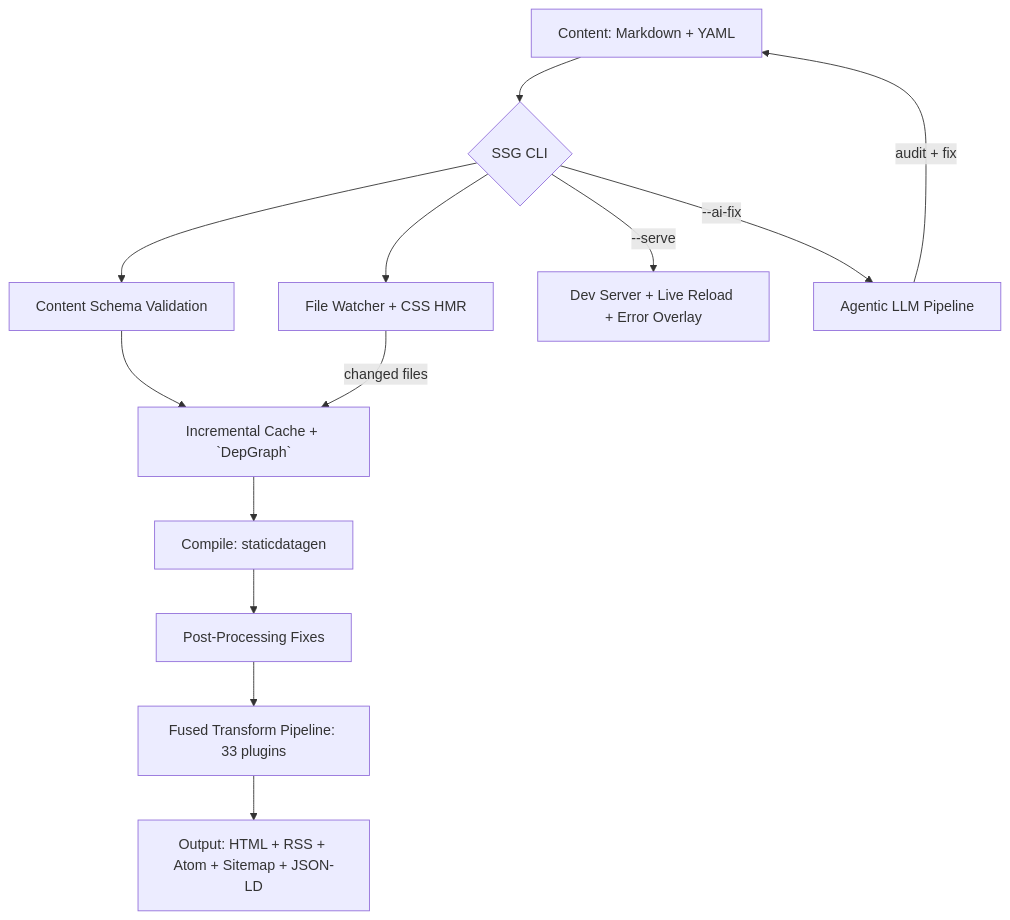
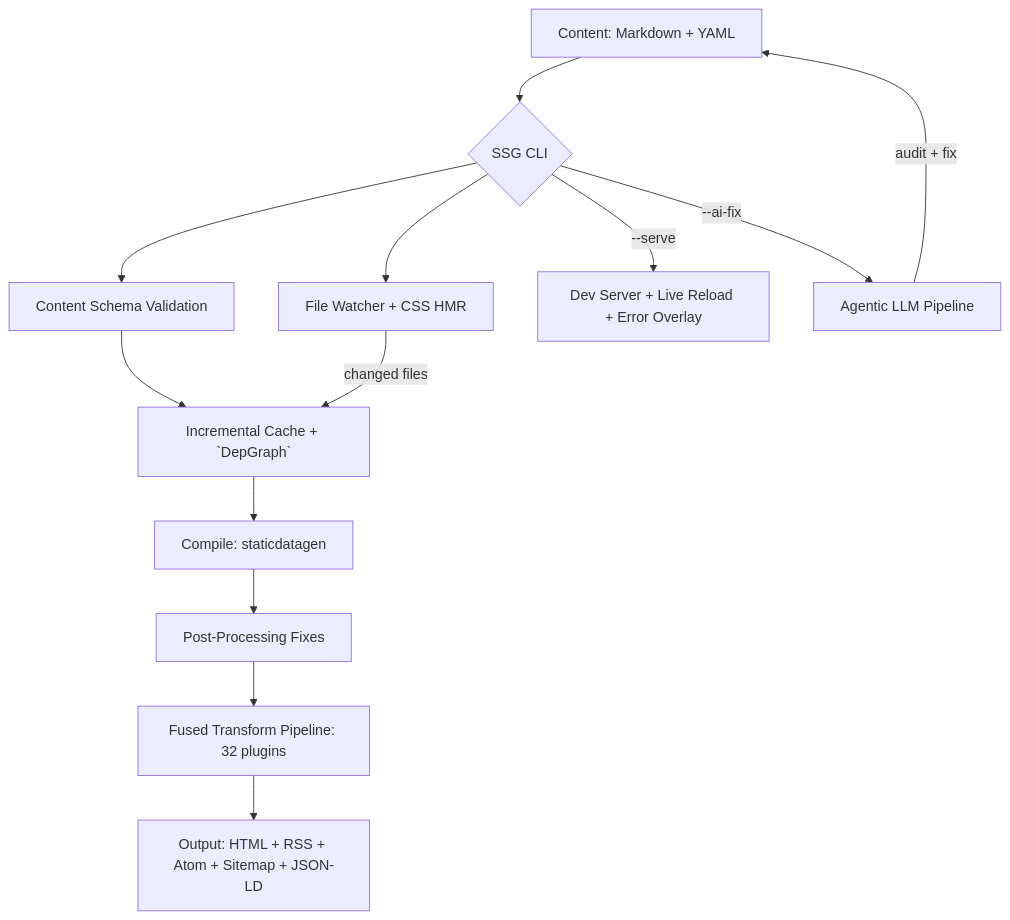
The diagram in README.md (sebastienrousseau/shokunin), drawn with Mermaid before and after one commit. The commit also changed other lines of this file and 175 other files, not shown here.

````diff
--- a/README.md
+++ b/README.md
@@ -118,15 +199,15 @@
 ```mermaid
 graph TD
     A[Content: Markdown + YAML] --> B{SSG CLI}
     B --> V[Content Schema Validation]
     V --> C[Incremental Cache + `DepGraph`]
     C --> D[Compile: staticdatagen]
     D --> E[Post-Processing Fixes]
-    E --> F[Fused Transform Pipeline: 33 plugins]
+    E --> F[Fused Transform Pipeline: 32 plugins]
     F --> G[Output: HTML + RSS + Atom + Sitemap + JSON-LD]
     B --> H[File Watcher + CSS HMR]
     H -->|changed files| C
     B -->|--serve| S[Dev Server + Live Reload + Error Overlay]
     B -->|--ai-fix| AI[Agentic LLM Pipeline]
     AI -->|audit + fix| A
 ```
````
